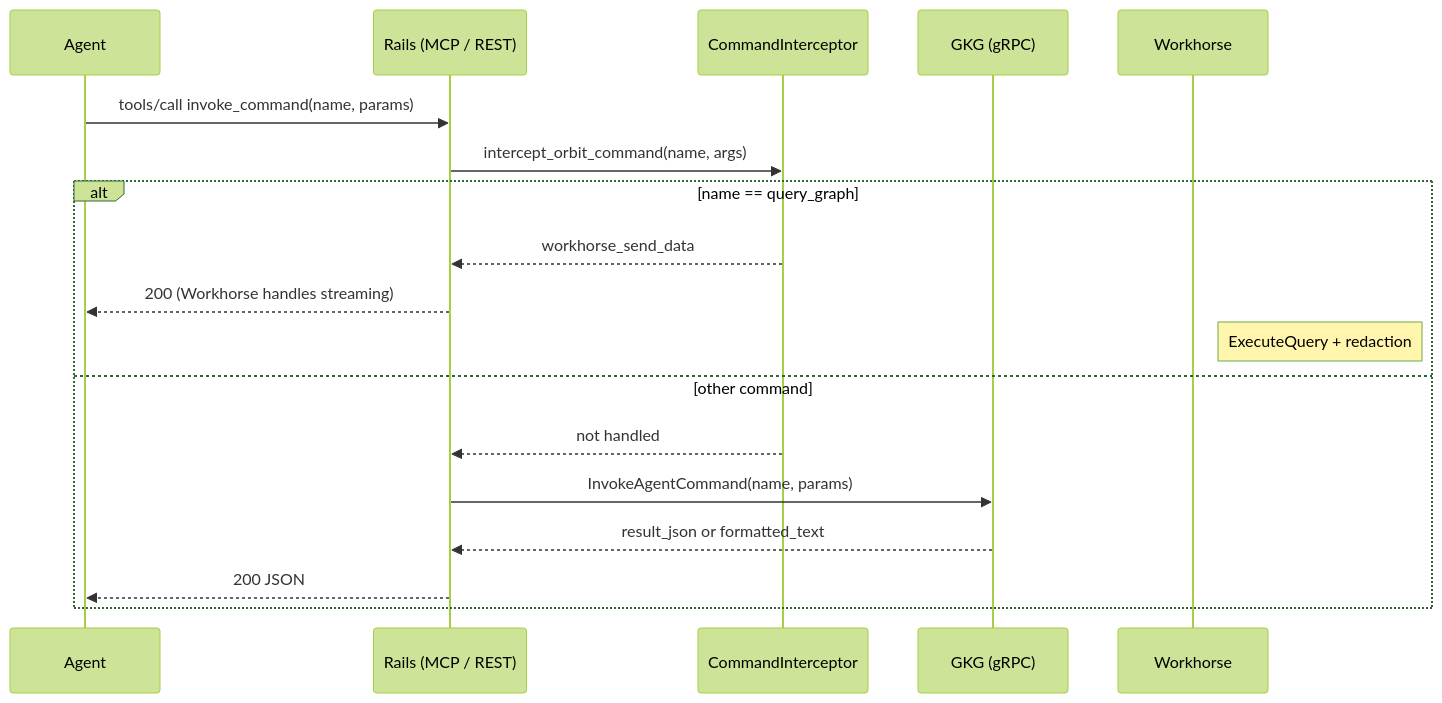
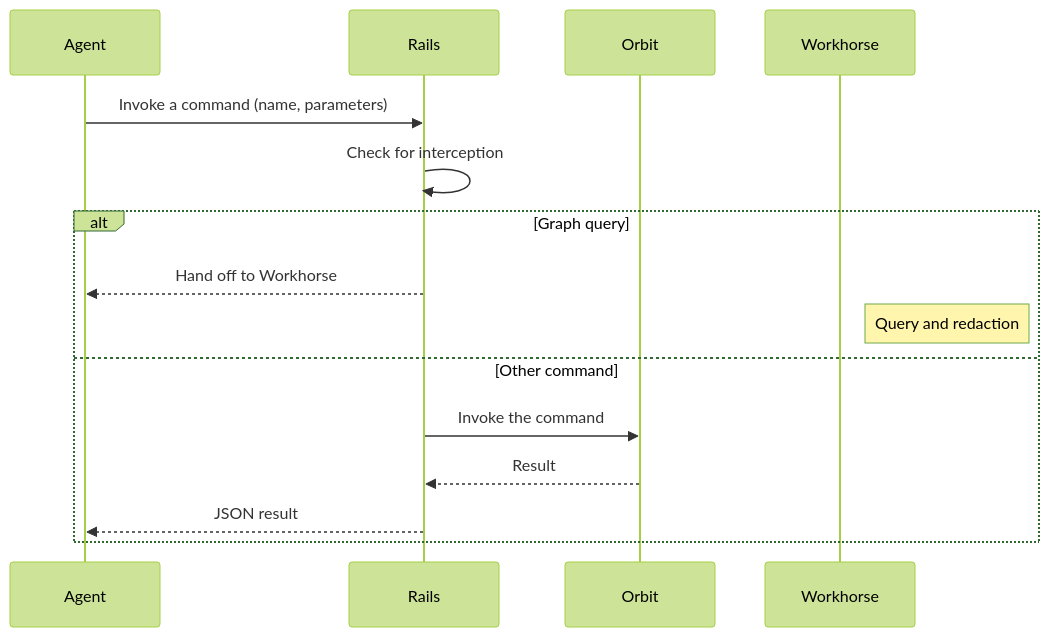
One commit to gitlabhq/orbit-knowledge-graph changed the diagram in docs/pages/engineering/adr/011_agent_command_surface.md. Above: the diagram before and after it, drawn with Mermaid (forest theme). The commit also changed other lines of this file and 21 other files, not shown here.

````diff
--- a/docs/pages/engineering/adr/011_agent_command_surface.md
+++ b/docs/pages/engineering/adr/011_agent_command_surface.md
@@ -111,21 +86,19 @@
 ```mermaid
 sequenceDiagram
-    participant Agent
-    participant Rails as Rails (MCP / REST)
-    participant Interceptor as CommandInterceptor
-    participant GKG as GKG (gRPC)
-    participant Workhorse
-
-    Agent->>Rails: tools/call invoke_command(name, params)
-    Rails->>Interceptor: intercept_orbit_command(name, args)
-    alt name == query_graph
-        Interceptor-->>Rails: workhorse_send_data
-        Rails-->>Agent: 200 (Workhorse handles streaming)
-        Note right of Workhorse: ExecuteQuery + redaction
-    else other command
-        Interceptor-->>Rails: not handled
-        Rails->>GKG: InvokeAgentCommand(name, params)
-        GKG-->>Rails: result_json or formatted_text
-        Rails-->>Agent: 200 JSON
+    accTitle: Agent command dispatch
+    accDescr: An agent invokes a command through Rails. Rails checks whether it must handle the command. Rails hands the graph query to Workhorse, and sends every other command to the Orbit executor.
+    participant A as Agent
+    participant R as Rails
+    participant O as Orbit
+    participant W as Workhorse
+    A->>R: Invoke a command (name, parameters)
+    R->>R: Check for interception
+    alt Graph query
+        R-->>A: Hand off to Workhorse
+        Note right of W: Query and redaction
+    else Other command
+        R->>O: Invoke the command
+        O-->>R: Result
+        R-->>A: JSON result
     end
 ```
````
